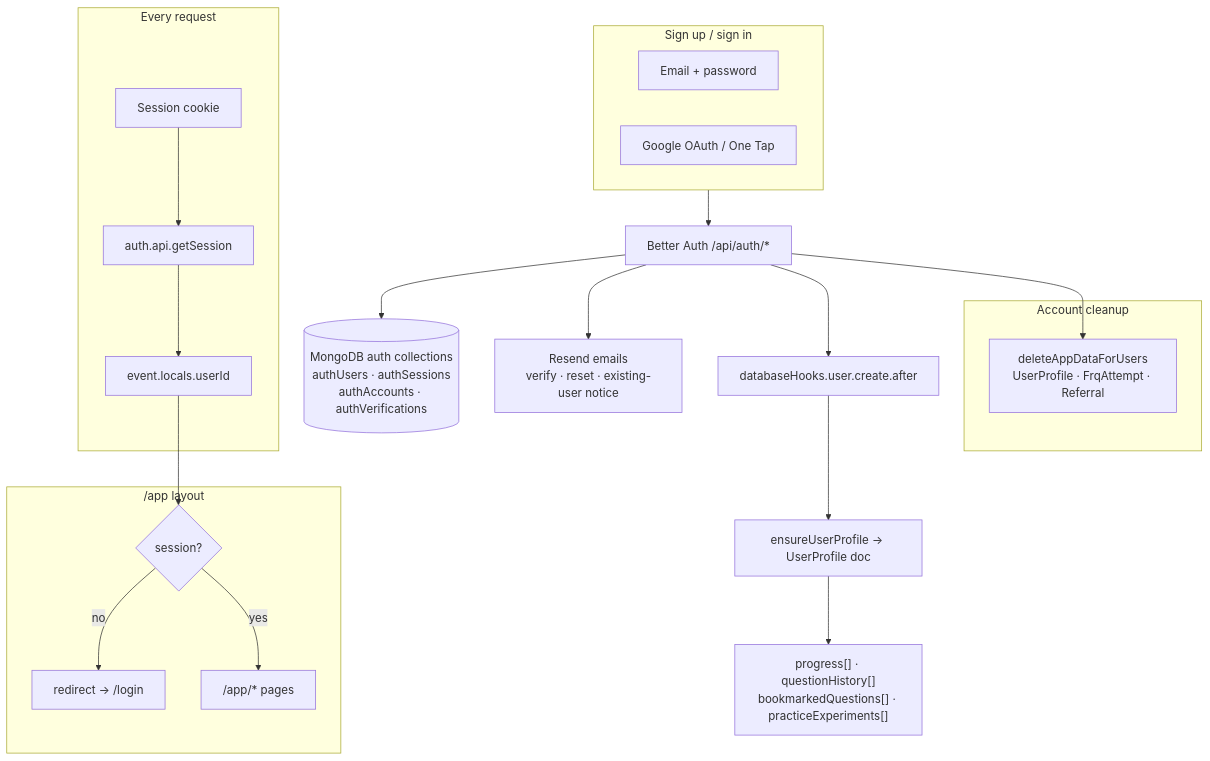
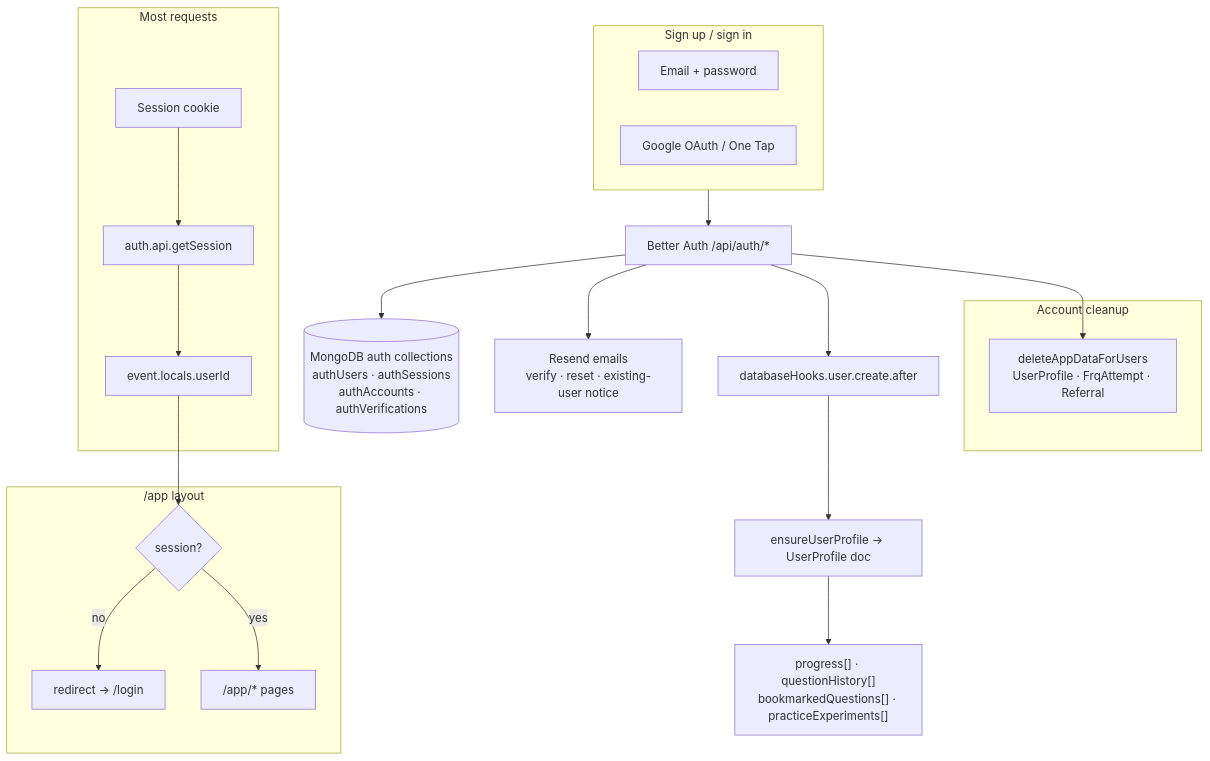
Before and after one commit to 5cisummai/freeappractice: the fifth of 7 diagrams in docs/architecture.md, drawn with Mermaid. The commit also changed other lines of this file and 72 other files, not shown here.

````diff
--- a/docs/architecture.md
+++ b/docs/architecture.md
@@ -207,32 +228,32 @@
 ```mermaid
 flowchart TD
     subgraph SignUp["Sign up / sign in"]
         Email["Email + password"]
         Google["Google OAuth / One Tap"]
     end
 
     SignUp --> BA["Better Auth /api/auth/*"]
     BA --> AuthDB[("MongoDB auth collections<br/>authUsers · authSessions<br/>authAccounts · authVerifications")]
     BA --> EmailSend["Resend emails<br/>verify · reset · existing-user notice"]
     BA --> Hook["databaseHooks.user.create.after"]
     Hook --> Profile["ensureUserProfile → UserProfile doc"]
 
-    subgraph Session["Every request"]
+    subgraph Session["Most requests"]
         Cookie["Session cookie"]
         Cookie --> GetSession["auth.api.getSession"]
         GetSession --> Locals["event.locals.userId"]
     end
 
     subgraph AppGuard["/app layout"]
         Locals --> Check{session?}
         Check -->|no| Redirect["redirect → /login"]
         Check -->|yes| AppPages["/app/* pages"]
     end
 
     subgraph Delete["Account cleanup"]
         Del["deleteAppDataForUsers<br/>UserProfile · FrqAttempt · Referral"]
     end
 
     Profile --> UserData["progress[] · questionHistory[]<br/>bookmarkedQuestions[] · practiceExperiments[]"]
     BA --> Del
 ```
````
